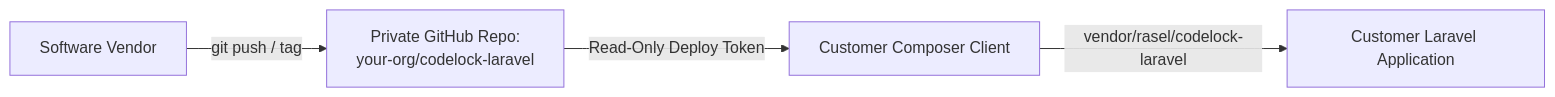
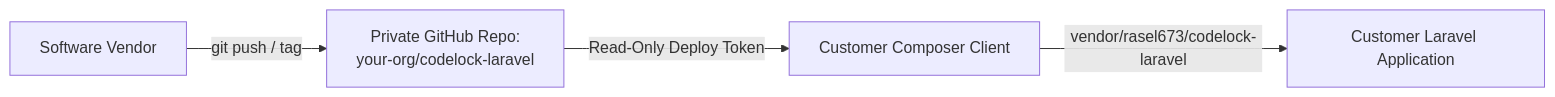
One commit to Rasel673/codeLock changed the diagram in docs/PRIVATE_COMPOSER_SETUP.md. Above: the diagram before and after it, drawn with Mermaid. The commit also changed other lines of this file and 5 other files, not shown here.

````diff
--- a/docs/PRIVATE_COMPOSER_SETUP.md
+++ b/docs/PRIVATE_COMPOSER_SETUP.md
@@ -9,6 +9,6 @@
 ```mermaid
 flowchart LR
     DEV["Software Vendor"] -->|git push / tag| GH_REPO["Private GitHub Repo:<br/>your-org/codelock-laravel"]
     GH_REPO -->|Read-Only Deploy Token| COMPOSER["Customer Composer Client"]
-    COMPOSER -->|vendor/rasel/codelock-laravel| APP["Customer Laravel Application"]
+    COMPOSER -->|vendor/rasel673/codelock-laravel| APP["Customer Laravel Application"]
 ```
````
